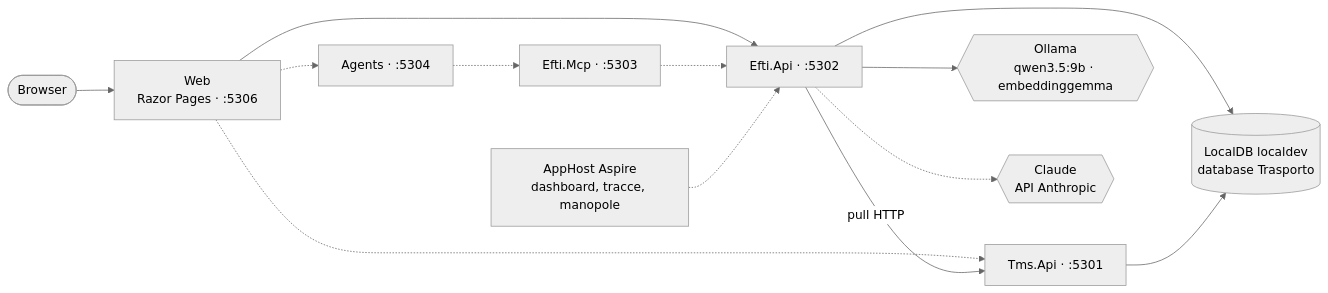
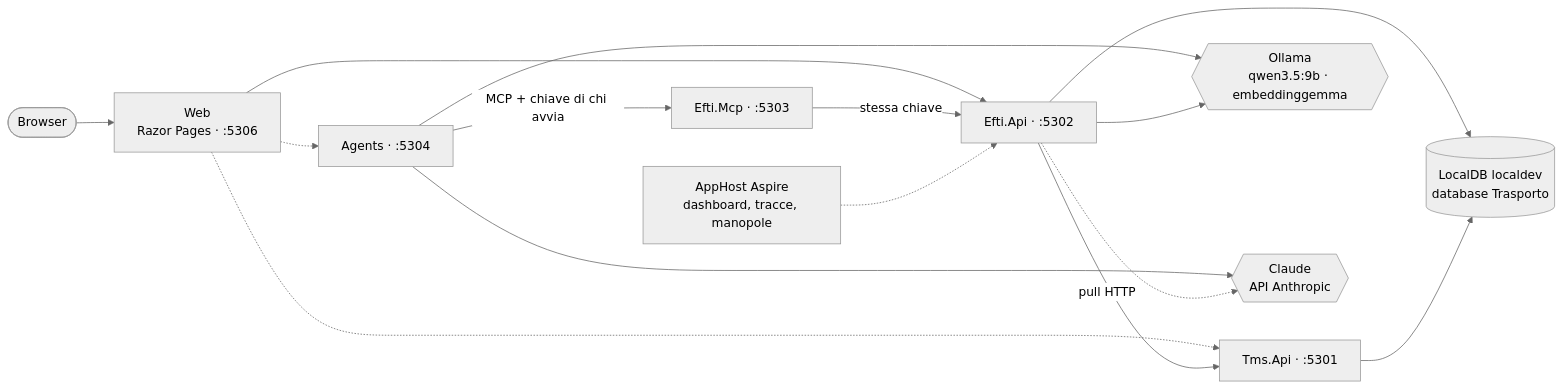
One commit to Dusi-burg/AI.POC-TrasportoDigitale changed the first of 3 diagrams in docs/architettura.md. Above: the diagram before and after it, drawn with Mermaid (neutral theme). The commit also changed other lines of this file and 33 other files, not shown here.

````diff
--- a/docs/architettura.md
+++ b/docs/architettura.md
@@ -13,15 +13,17 @@
 ```mermaid
 flowchart LR
     B([Browser]) --> W["Web<br/>Razor Pages · :5306"]
     W --> EA["Efti.Api · :5302"]
     W -.-> AG["Agents · :5304"]
     W -.-> TA["Tms.Api · :5301"]
-    AG -.-> EM["Efti.Mcp · :5303"]
-    EM -.-> EA
+    AG -- "MCP + chiave di chi avvia" --> EM["Efti.Mcp · :5303"]
+    EM -- "stessa chiave" --> EA
+    AG --> OL
+    AG --> CL
     EA -- "pull HTTP" --> TA
     EA --> DB[("LocalDB localdev<br/>database Trasporto")]
     TA --> DB
     EA --> OL{{"Ollama<br/>qwen3.5:9b · embeddinggemma"}}
     EA -.-> CL{{"Claude<br/>API Anthropic"}}
     H["AppHost Aspire<br/>dashboard, tracce, manopole"] -.-> EA
 ```
````
